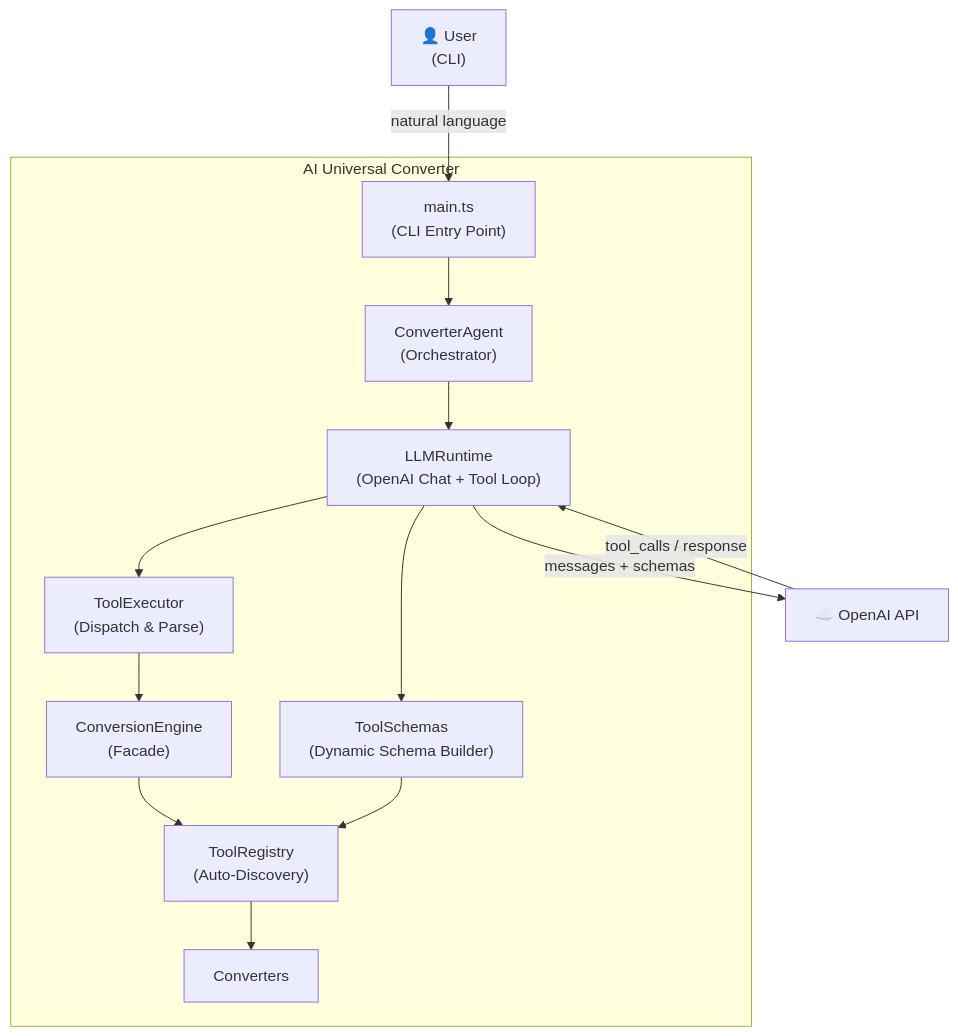
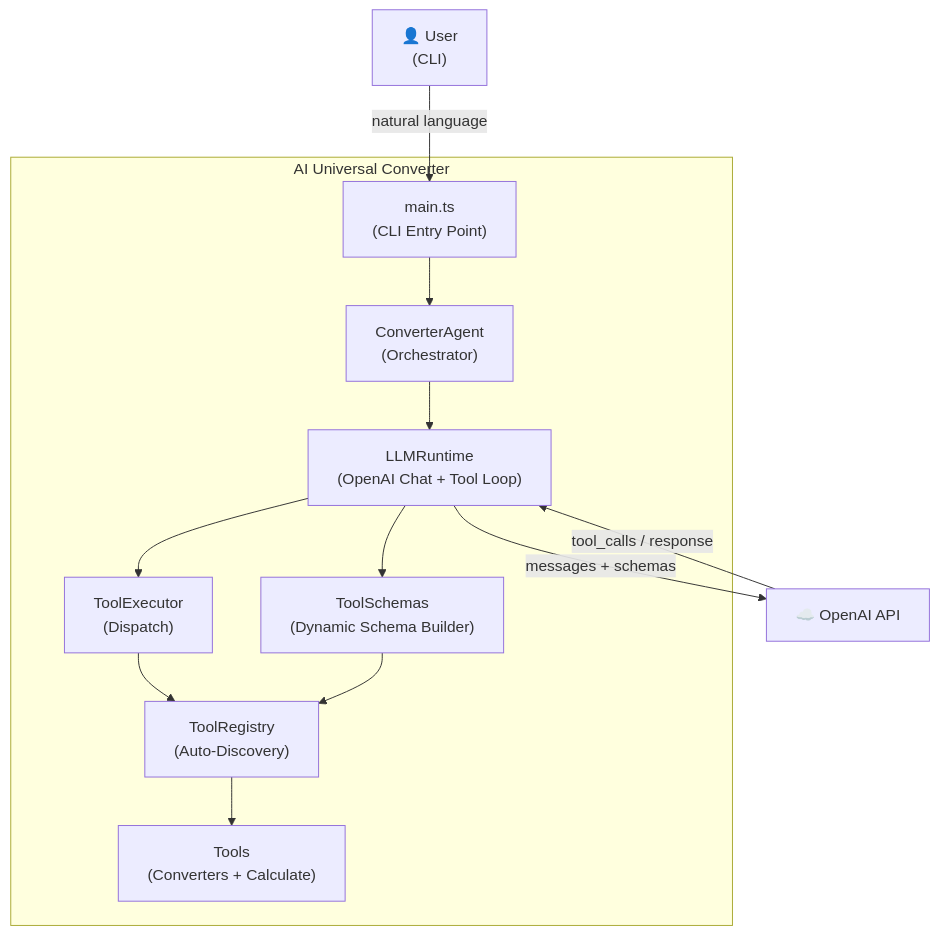
The first of 5 diagrams in README.md (camercadop/ai-universal-converter), drawn with Mermaid before and after one commit. The commit also changed other lines of this file and 13 other files, not shown here.

Commit message:
feat(tools): refactor conversion architecture to support dynamic tool registration and execution

````diff
--- a/README.md
+++ b/README.md
@@ -71,29 +81,27 @@
 ```mermaid
 flowchart TD
     User["👤 User\n(CLI)"]
 
     subgraph System["AI Universal Converter"]
         Main["main.ts\n(CLI Entry Point)"]
         Agent["ConverterAgent\n(Orchestrator)"]
         Runtime["LLMRuntime\n(OpenAI Chat + Tool Loop)"]
-        Executor["ToolExecutor\n(Dispatch & Parse)"]
-        Engine["ConversionEngine\n(Facade)"]
+        Executor["ToolExecutor\n(Dispatch)"]
         Registry["ToolRegistry\n(Auto-Discovery)"]
         Schemas["ToolSchemas\n(Dynamic Schema Builder)"]
-        Converters["Converters"]
+        Tools["Tools\n(Converters + Calculate)"]
     end
 
     OpenAI["☁️ OpenAI API"]
 
     User -->|natural language| Main
     Main --> Agent
     Agent --> Runtime
     Runtime -->|messages + schemas| OpenAI
     OpenAI -->|tool_calls / response| Runtime
     Runtime --> Executor
-    Executor --> Engine
-    Engine --> Registry
-    Registry --> Converters
+    Executor --> Registry
+    Registry --> Tools
     Runtime --> Schemas
     Schemas --> Registry
 ```
````
